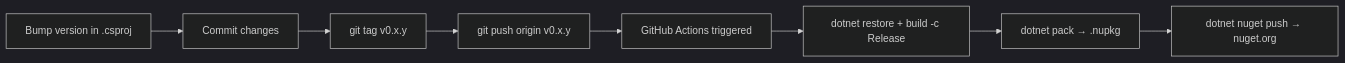
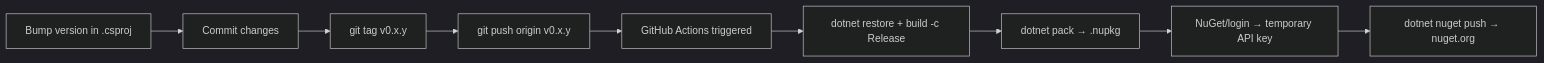
Before and after one commit to trgiangv/ZLogger.Scintilla: the diagram in docs/publish.md, drawn with Mermaid (dark theme). The commit also changed other lines of this file and 1 other file, not shown here.

First line of the commit message:
ci(publish): publish to NuGet through Trusted Publishing

````diff
--- a/docs/publish.md
+++ b/docs/publish.md
@@ -18,10 +18,11 @@
 ```mermaid
 flowchart LR
     A["Bump version in .csproj"] --> B["Commit changes"]
     B --> C["git tag v0.x.y"]
     C --> D["git push origin v0.x.y"]
     D --> E["GitHub Actions triggered"]
     E --> F["dotnet restore + build -c Release"]
     F --> H["dotnet pack → .nupkg"]
-    H --> I["dotnet nuget push → nuget.org"]
+    H --> L["NuGet/login → temporary API key"]
+    L --> I["dotnet nuget push → nuget.org"]
 ```
````
